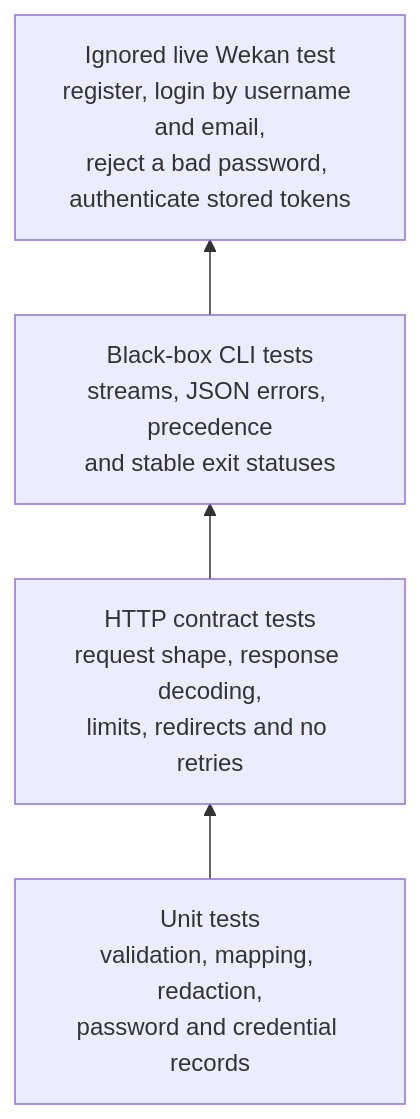
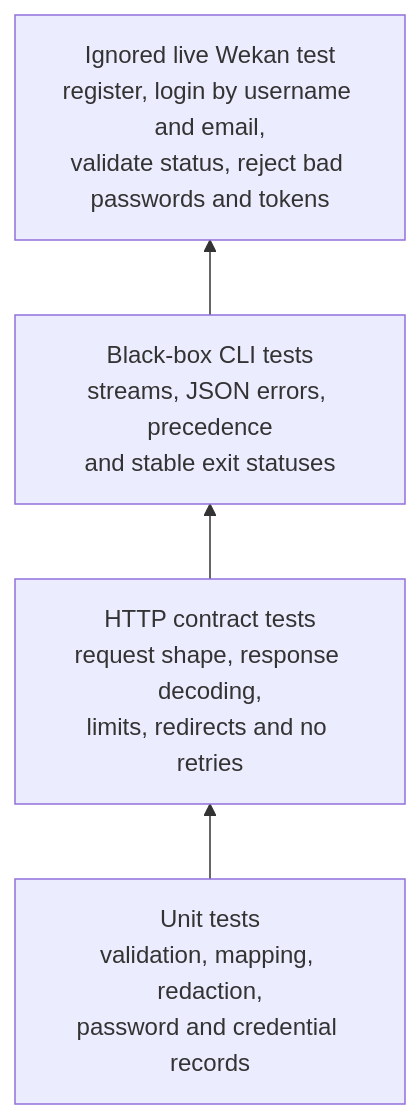
One commit to AhmedLukman/wekan-cli changed the ninth of 9 diagrams in docs/auth-architecture.md. Above: the diagram before and after it, drawn with Mermaid. The commit also changed other lines of this file and 18 other files, not shown here.

Commit message:
feat: add stored authentication status validation

````diff
--- a/docs/auth-architecture.md
+++ b/docs/auth-architecture.md
@@ -284,9 +342,9 @@
 ```mermaid
 flowchart BT
     unit[Unit tests<br/>validation, mapping, redaction,<br/>password and credential records]
     contract[HTTP contract tests<br/>request shape, response decoding,<br/>limits, redirects and no retries]
     cli[Black-box CLI tests<br/>streams, JSON errors, precedence<br/>and stable exit statuses]
-    e2e[Ignored live Wekan test<br/>register, login by username and email,<br/>reject a bad password, authenticate stored tokens]
+    e2e[Ignored live Wekan test<br/>register, login by username and email,<br/>validate status, reject bad passwords and tokens]
 
     unit --> contract --> cli --> e2e
 ```
````
